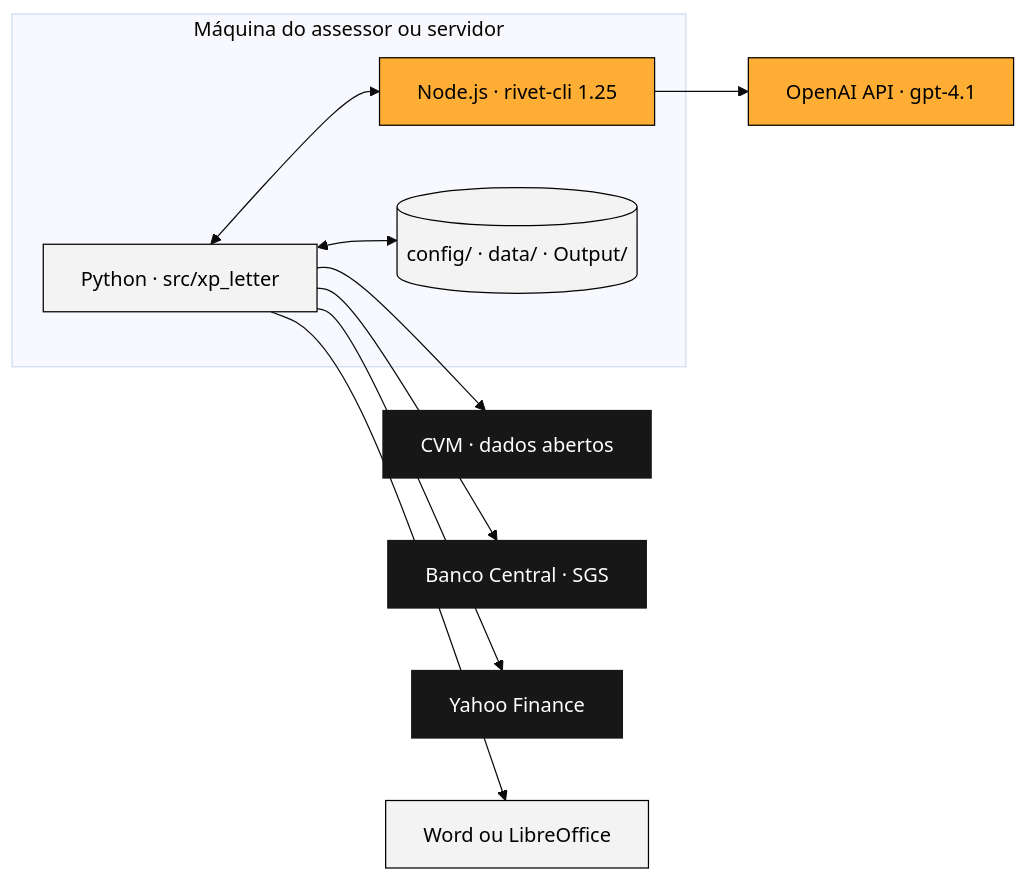
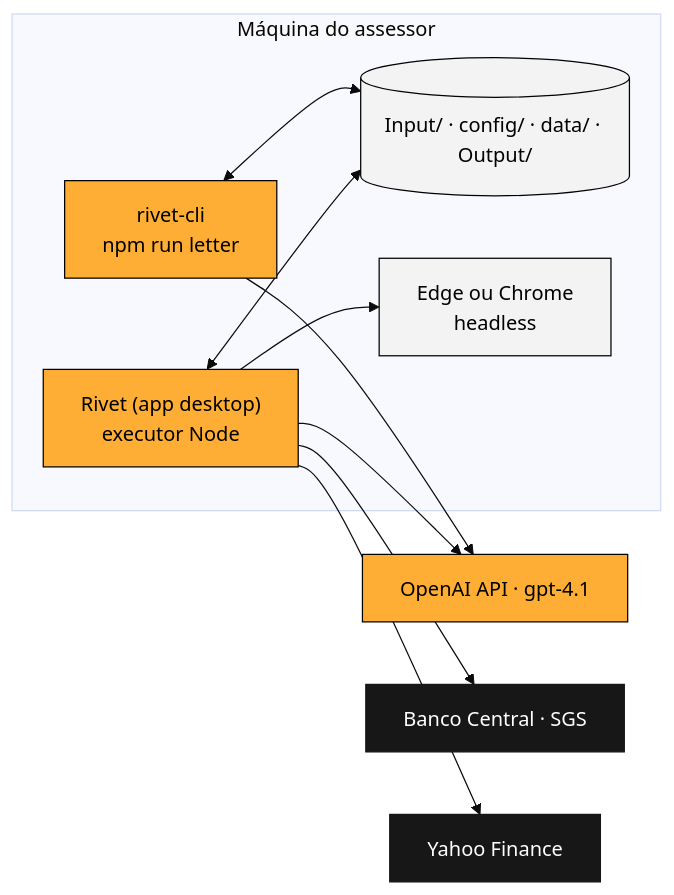
One commit to eu-adrianocarvalho/enter-challenge changed the second of 4 diagrams in docs/04_arquitetura_e_codigo.md. Above: the diagram before and after it, drawn with Mermaid (base theme). The commit also changed other lines of this file and 35 other files, not shown here.

````diff
--- a/docs/04_arquitetura_e_codigo.md
+++ b/docs/04_arquitetura_e_codigo.md
@@ -68,27 +52,25 @@
 ```mermaid
 flowchart LR
-  subgraph HOST["Máquina do assessor ou servidor"]
-    PY["Python · src/xp_letter"]
-    NODE["Node.js · rivet-cli 1.25"]
-    FILES[("config/ · data/ · Output/")]
+  subgraph HOST["Máquina do assessor"]
+    APP["Rivet (app desktop)<br/>executor Node"]
+    CLI["rivet-cli<br/>npm run letter"]
+    FILES[("Input/ · config/ · data/ · Output/")]
+    BR["Edge ou Chrome<br/>headless"]
   end
   OAI["OpenAI API · gpt-4.1"]
-  CVM["CVM · dados abertos"]
   BCB["Banco Central · SGS"]
   YH["Yahoo Finance"]
-  WORD["Word ou LibreOffice"]
-  PY <--> NODE
-  NODE --> OAI
-  PY --> CVM
-  PY --> BCB
-  PY --> YH
-  PY <--> FILES
-  PY --> WORD
+  APP --> OAI
+  CLI --> OAI
+  APP <--> FILES
+  CLI <--> FILES
+  APP --> BCB
+  APP --> YH
+  APP --> BR
   classDef rivet fill:#ffae35,stroke:#000,color:#000
-  classDef py fill:#f3f3f3,stroke:#000,color:#000
+  classDef code fill:#f3f3f3,stroke:#000,color:#000
   classDef io fill:#171717,stroke:#171717,color:#fff
-  classDef bad fill:#fde2e2,stroke:#d62828,color:#000
-  class NODE,OAI rivet
-  class PY,FILES,WORD py
-  class CVM,BCB,YH io
+  class APP,CLI,OAI rivet
+  class FILES,BR code
+  class BCB,YH io
 ```
````
